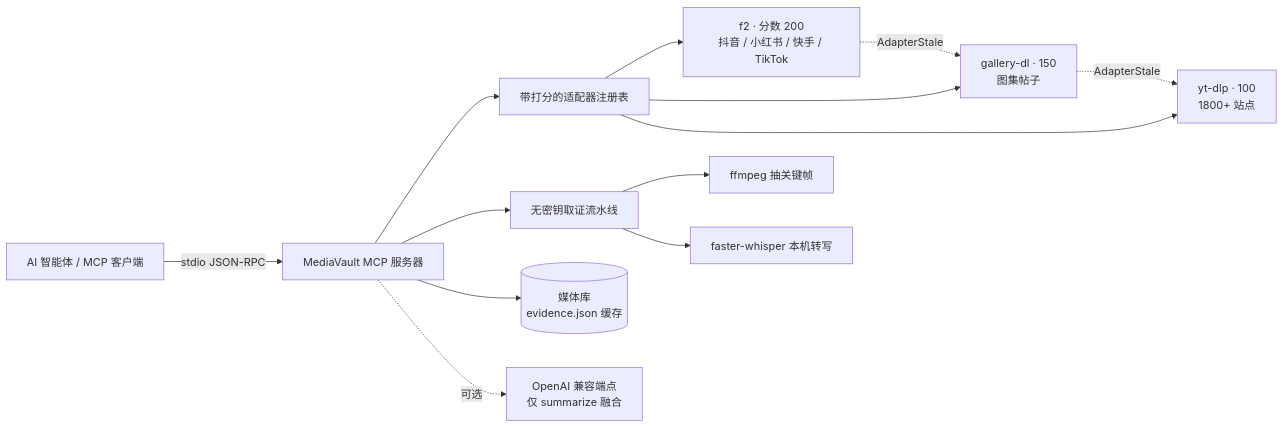
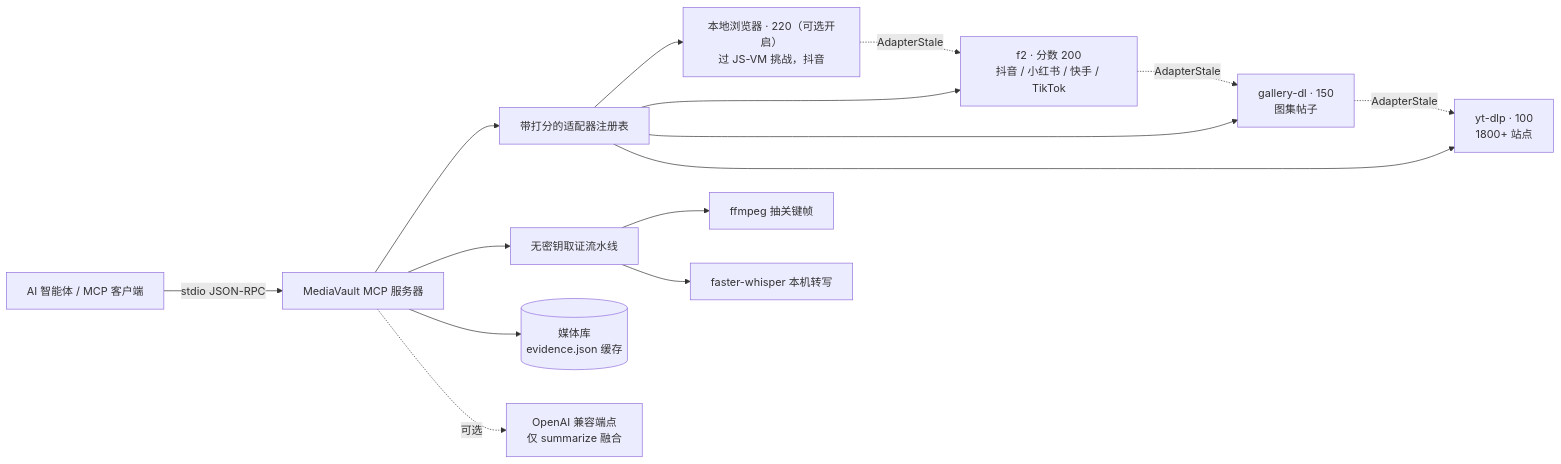
One commit to Majiturbo/mediavault-mcp changed the diagram in README.zh-CN.md. Above: the diagram before and after it, drawn with Mermaid. The commit also changed other lines of this file and 16 other files, not shown here.

````diff
--- a/README.zh-CN.md
+++ b/README.zh-CN.md
@@ -32,14 +32,16 @@
 ```mermaid
 flowchart LR
     A[AI 智能体 / MCP 客户端] -->|stdio JSON-RPC| B[MediaVault MCP 服务器]
     B --> C[带打分的适配器注册表]
+    C --> D0["本地浏览器 · 220（可选开启）<br/>过 JS-VM 挑战，抖音"]
     C --> D1["f2 · 分数 200<br/>抖音 / 小红书 / 快手 / TikTok"]
     C --> D2["gallery-dl · 150<br/>图集帖子"]
     C --> D3["yt-dlp · 100<br/>1800+ 站点"]
+    D0 -. AdapterStale .-> D1
     D1 -. AdapterStale .-> D2 -. AdapterStale .-> D3
     B --> E[无密钥取证流水线]
     E --> Gf[ffmpeg 抽关键帧]
     E --> Gw[faster-whisper 本机转写]
     B --> H[("媒体库<br/>evidence.json 缓存")]
     B -. 可选 .-> I[OpenAI 兼容端点<br/>仅 summarize 融合]
 ```
````
